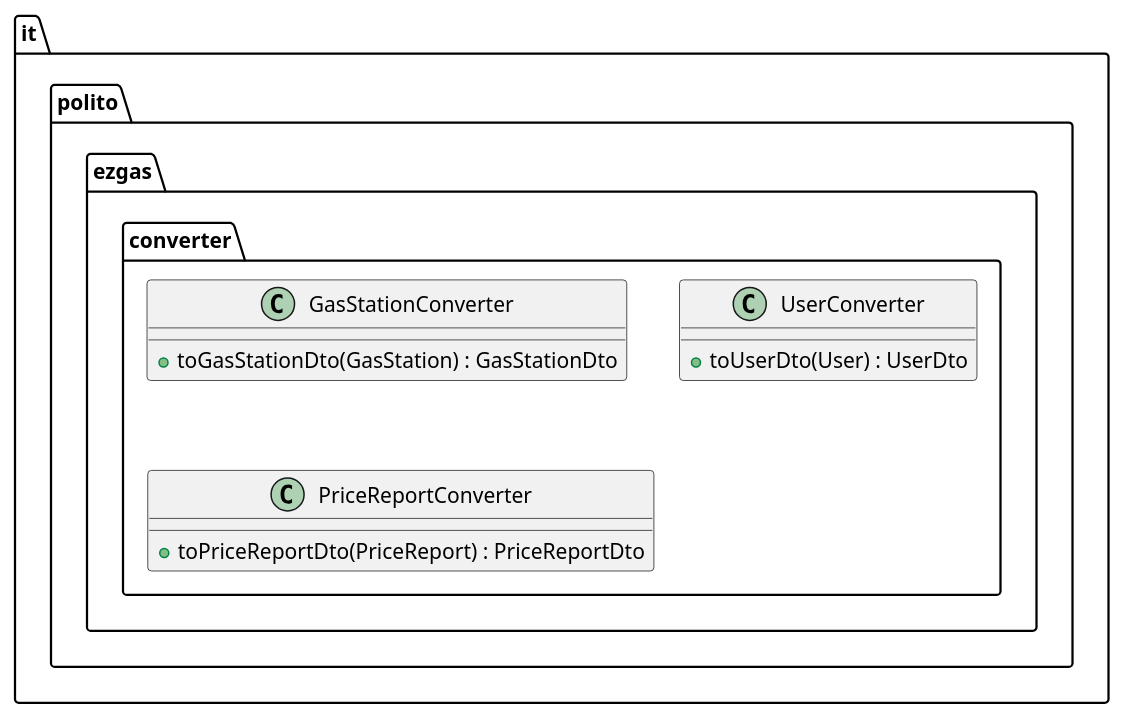
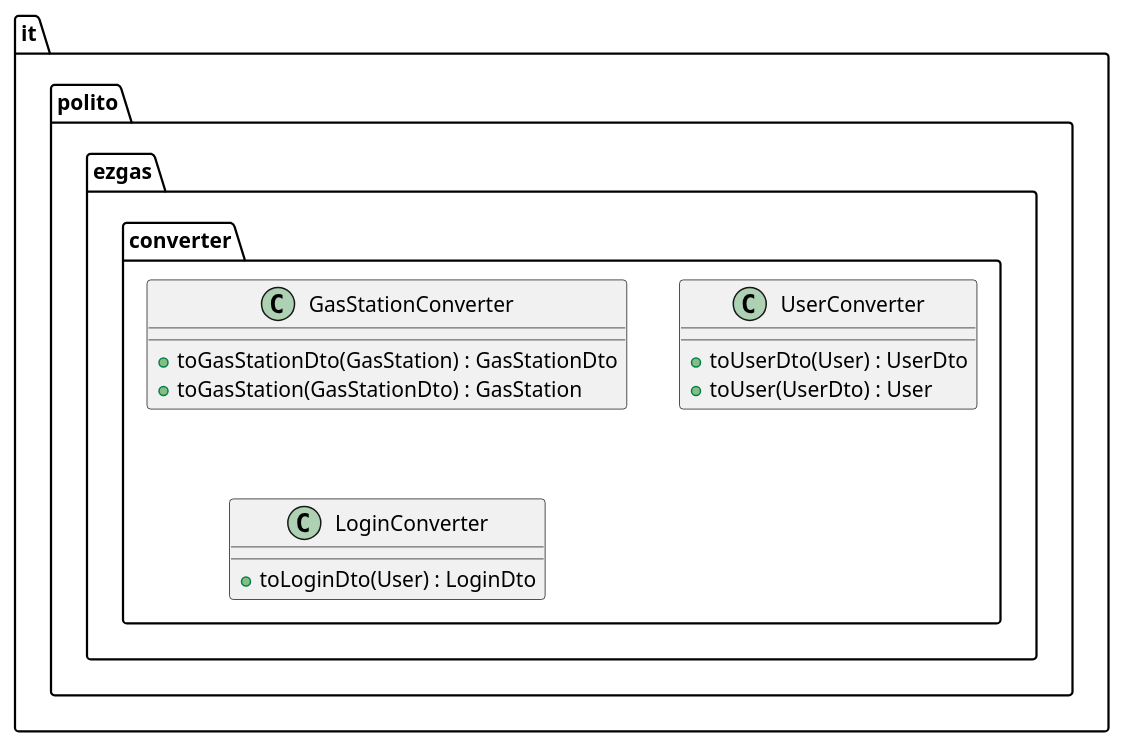
The eighth of 13 diagrams in docs/DesignDocument.md (lucarinelli/ezgas), drawn with PlantUML before and after one commit. The commit also changed other lines of this file, not shown here.

Commit message:
docs: Design Document-Repository and Converter Update

````diff
--- a/docs/DesignDocument.md
+++ b/docs/DesignDocument.md
@@ -453,15 +453,17 @@
 ```plantuml
 @startuml
 package "it.polito.ezgas.converter" {
         class GasStationConverter{
             +toGasStationDto(GasStation) : GasStationDto
+            +toGasStation(GasStationDto) : GasStation
         }
         class UserConverter{
             +toUserDto(User) : UserDto
+            +toUser(UserDto) : User
         }
-        class PriceReportConverter{
-            +toPriceReportDto(PriceReport) : PriceReportDto
+        class LoginConverter{
+            +toLoginDto(User) : LoginDto
         }
     }
 @enduml
 ```
````
